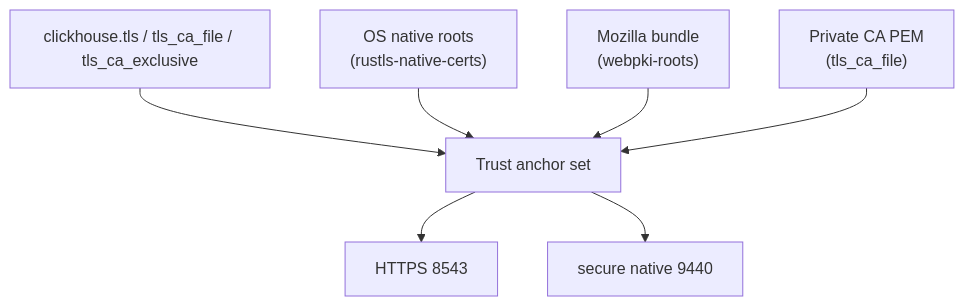
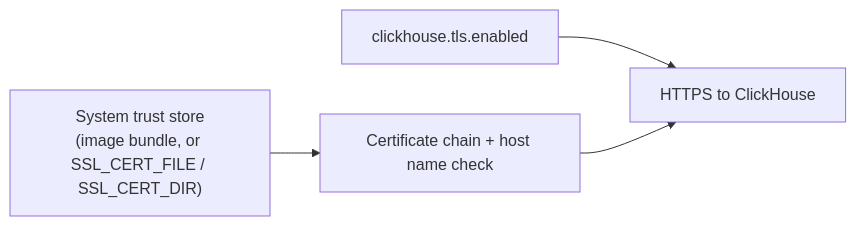
Before and after one commit to hyperi-io/dfe-loader: the diagram in docs/clickhouse/TLS.md, drawn with Mermaid. The commit also changed other lines of this file and 22 other files, not shown here.

````diff
--- a/docs/clickhouse/TLS.md
+++ b/docs/clickhouse/TLS.md
@@ -18,17 +15,11 @@
 ```mermaid
-flowchart TB
-    CFG["clickhouse.tls / tls_ca_file / tls_ca_exclusive"]
-    TRUST["Trust anchor set"]
-    NAT["OS native roots<br/>(rustls-native-certs)"]
-    WEB["Mozilla bundle<br/>(webpki-roots)"]
-    CA["Private CA PEM<br/>(tls_ca_file)"]
-    HTTP["HTTPS 8543"]
-    NATIVE["secure native 9440"]
+flowchart LR
+    CFG["clickhouse.tls.enabled"]
+    STORE["System trust store<br/>(image bundle, or SSL_CERT_FILE / SSL_CERT_DIR)"]
+    VERIFY["Certificate chain + host name check"]
+    HTTPS["HTTPS to ClickHouse"]
 
-    CFG --> TRUST
-    NAT --> TRUST
-    WEB --> TRUST
-    CA --> TRUST
-    TRUST --> HTTP
-    TRUST --> NATIVE
+    CFG --> HTTPS
+    STORE --> VERIFY
+    VERIFY --> HTTPS
 ```
````
